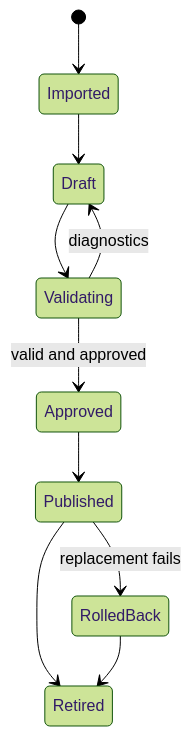
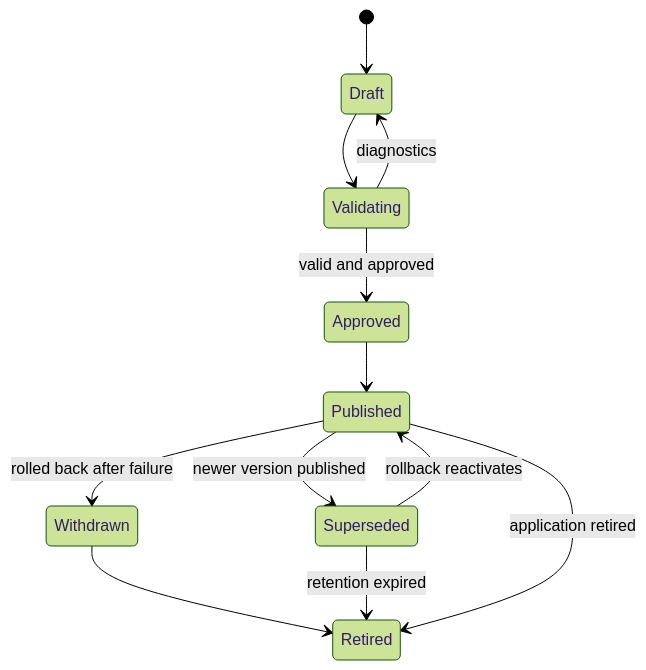
The fourth of 6 diagrams in docs/MODERN_WEB_SYSTEM_DESIGN.md (mraysmit/annper), drawn with Mermaid (forest theme) before and after one commit. The commit also changed other lines of this file and 7 other files, not shown here.

````diff
--- a/docs/MODERN_WEB_SYSTEM_DESIGN.md
+++ b/docs/MODERN_WEB_SYSTEM_DESIGN.md
@@ -638,12 +688,14 @@
 ```mermaid
 stateDiagram-v2
-    [*] --> Imported
-    Imported --> Draft
+    [*] --> Draft
     Draft --> Validating
     Validating --> Draft: diagnostics
     Validating --> Approved: valid and approved
     Approved --> Published
-    Published --> Retired
-    Published --> RolledBack: replacement fails
-    RolledBack --> Retired
+    Published --> Superseded: newer version published
+    Superseded --> Published: rollback reactivates
+    Published --> Withdrawn: rolled back after failure
+    Withdrawn --> Retired
+    Superseded --> Retired: retention expired
+    Published --> Retired: application retired
 ```
````
